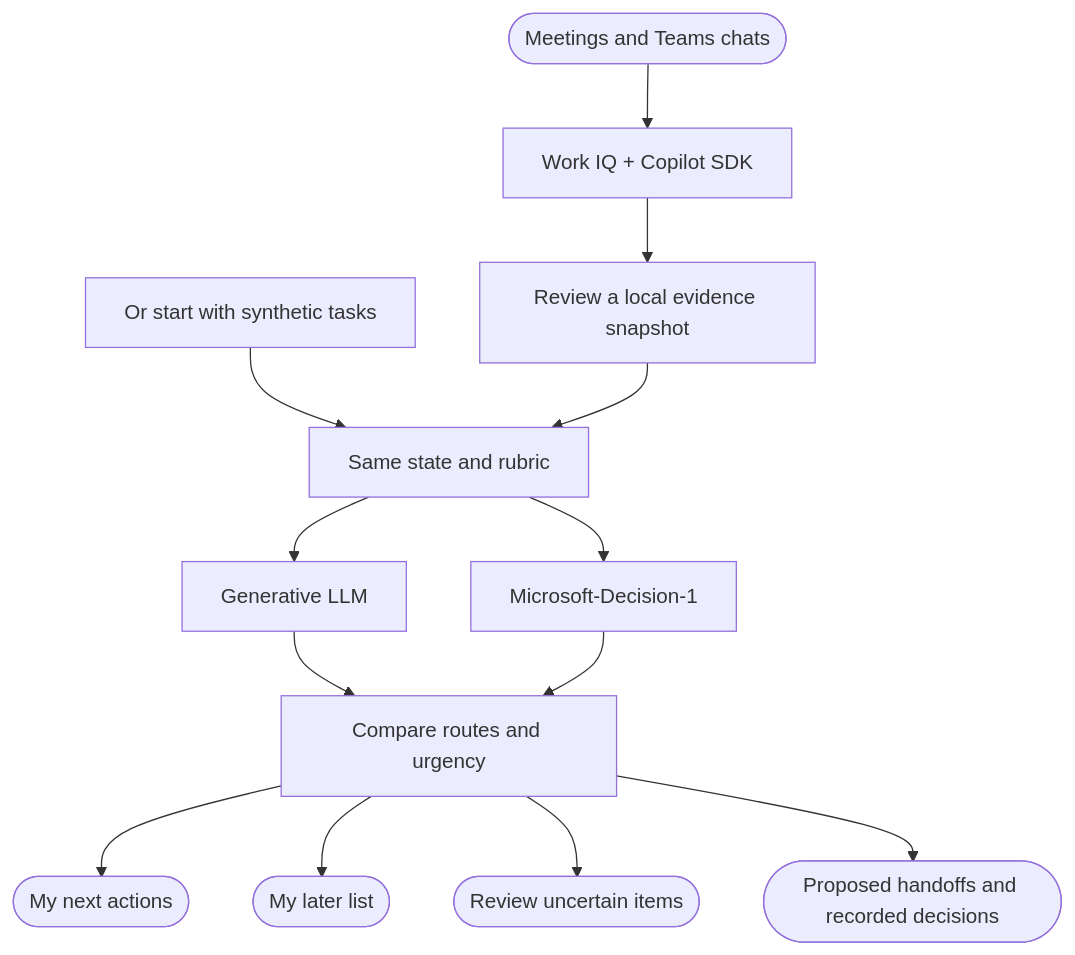
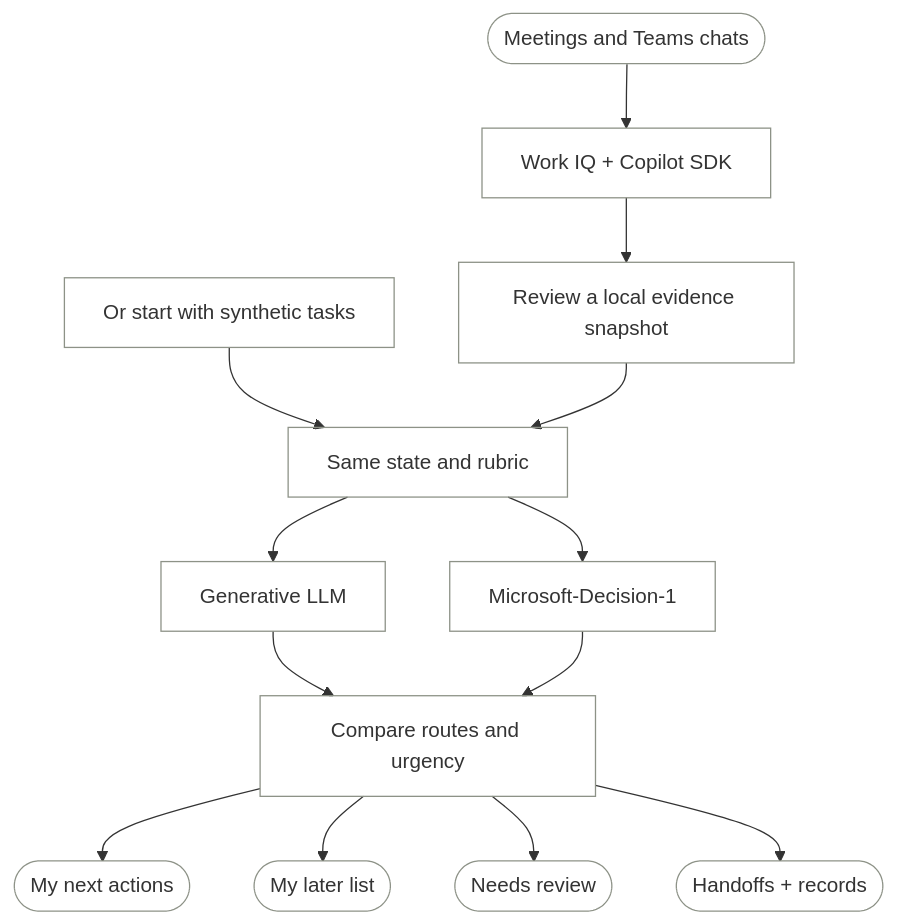
Before and after one commit to ragmha/raghib.io: the diagram in src/content/writing/not-every-action-item-is-mine.mdx, drawn with Mermaid. The commit also changed 6 other files, not shown here.

````diff
--- a/src/content/writing/not-every-action-item-is-mine.mdx
+++ b/src/content/writing/not-every-action-item-is-mine.mdx
@@ -65,15 +65,18 @@
 ```mermaid
 flowchart TD
+    accTitle: Work IQ to a reviewed to-do list
+    accDescr: Work IQ and the Copilot SDK produce a reviewed evidence snapshot. The same snapshot, or synthetic tasks, goes to an LLM and Decision-1. Their proposals are compared before separating personal work, later work, uncertain items, handoffs and recorded decisions.
     sources(["Meetings and Teams chats"]) --> workiq["Work IQ + Copilot SDK"]
     workiq --> review["Review a local evidence snapshot"]
     sample["Or start with synthetic tasks"] --> compare
     review --> compare["Same state and rubric"]
     compare --> llm["Generative LLM"]
     compare --> d1["Microsoft-Decision-1"]
     llm --> report["Compare routes and urgency"]
     d1 --> report
     report --> mine(["My next actions"])
     report --> later(["My later list"])
-    report --> check(["Review uncertain items"])
-    report --> elsewhere(["Proposed handoffs and recorded decisions"])
+    report --> check(["Needs review"])
+    report --> elsewhere(["Handoffs + records"])
+    classDef default fill:transparent,stroke:#8d9287
 ```
````
